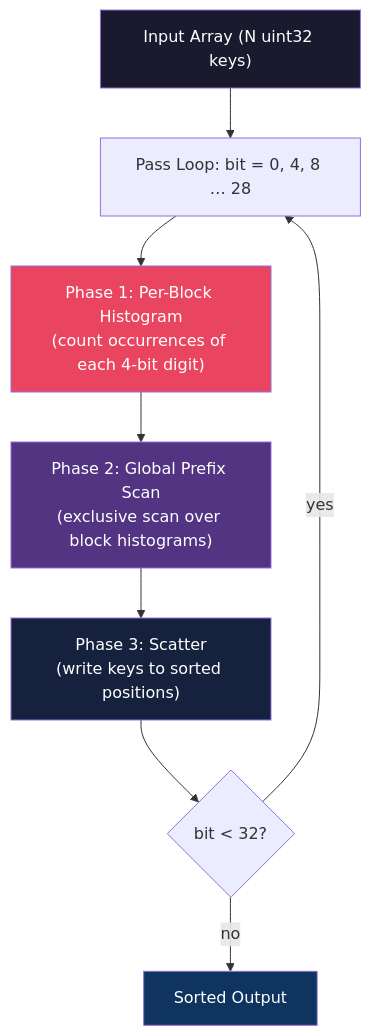
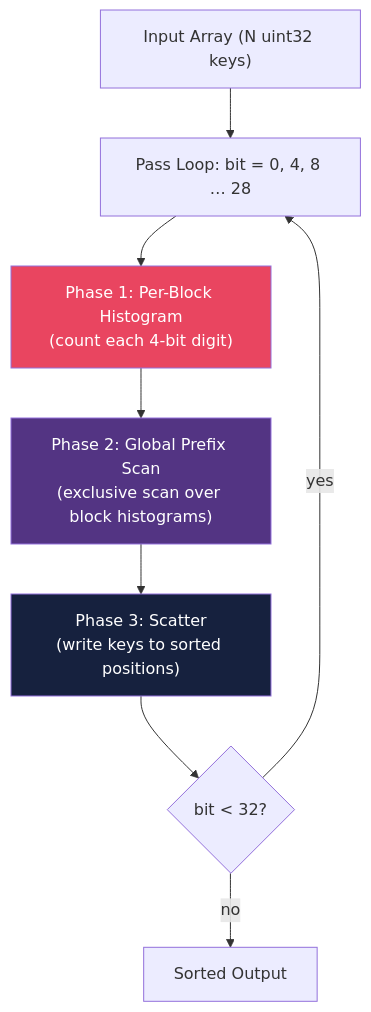
One commit to dkkh87/CPP-CUDA-Mastery changed the first of 3 diagrams in Part-09-Projects/P13_CUDA_Radix_Sort.md. Above: the diagram before and after it, drawn with Mermaid. The commit also changed other lines of this file, not shown here.

````diff
--- a/Part-09-Projects/P13_CUDA_Radix_Sort.md
+++ b/Part-09-Projects/P13_CUDA_Radix_Sort.md
@@ -33,16 +24,13 @@
 ```mermaid
 flowchart TD
     A["Input Array (N uint32 keys)"] --> B["Pass Loop: bit = 0, 4, 8 … 28"]
-    B --> C["Phase 1: Per-Block Histogram\n(count occurrences of each 4-bit digit)"]
+    B --> C["Phase 1: Per-Block Histogram\n(count each 4-bit digit)"]
     C --> D["Phase 2: Global Prefix Scan\n(exclusive scan over block histograms)"]
     D --> E["Phase 3: Scatter\n(write keys to sorted positions)"]
     E --> F{bit < 32?}
     F -- yes --> B
     F -- no --> G["Sorted Output"]
-
-    style A fill:#1a1a2e,color:#fff
-    style G fill:#0f3460,color:#fff
     style C fill:#e94560,color:#fff
     style D fill:#533483,color:#fff
     style E fill:#16213e,color:#fff
 ```
````
